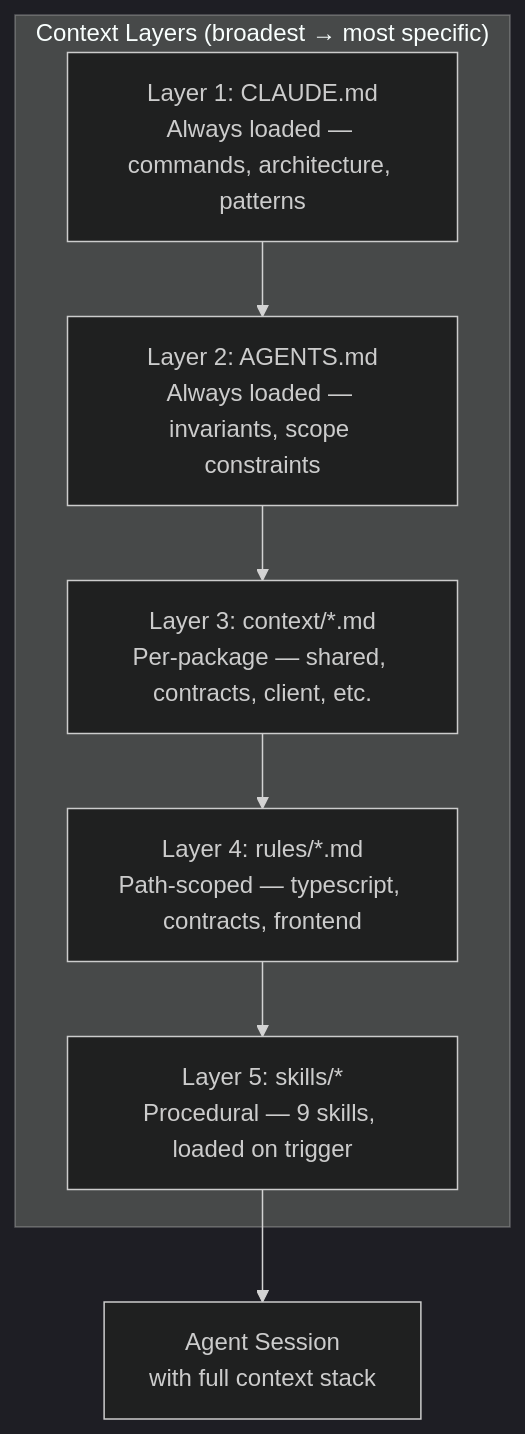
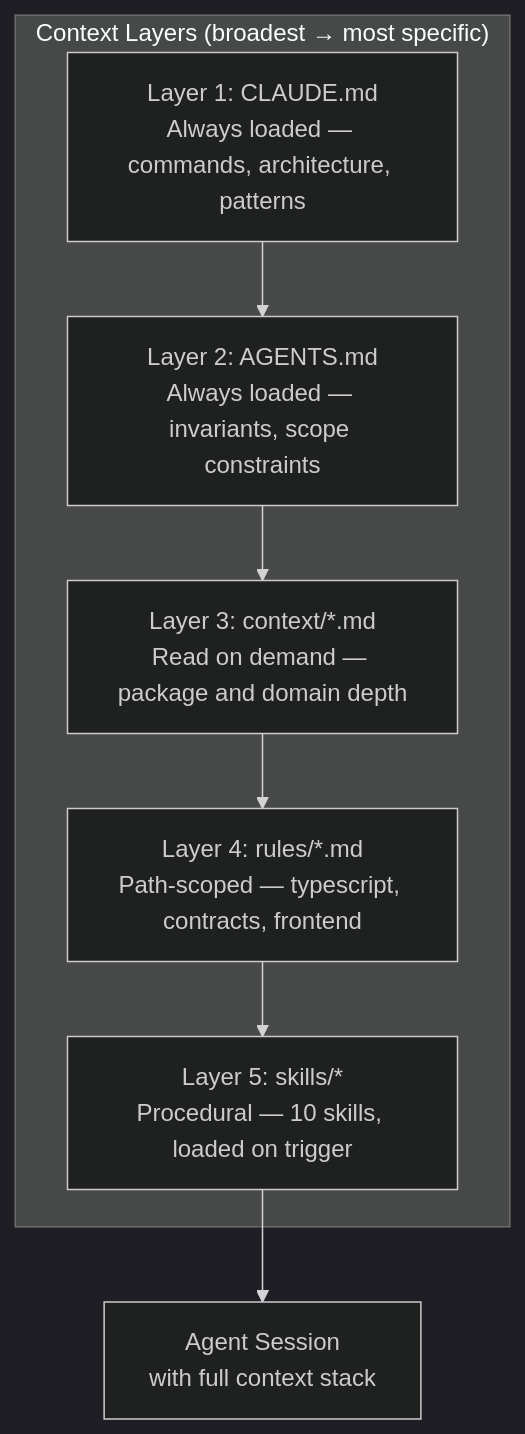
The diagram in docs/docs/builders/agentic/context-engineering.mdx (greenpill-dev-guild/green-goods), drawn with Mermaid (dark theme) before and after one commit. The commit also changed other lines of this file and 86 other files, not shown here.

Commit message:
feat(shared,client,agent): enforce agentic foundations

````diff
--- a/docs/docs/builders/agentic/context-engineering.mdx
+++ b/docs/docs/builders/agentic/context-engineering.mdx
@@ -23,14 +23,14 @@
 ```mermaid
 graph TB
     subgraph Layers["Context Layers (broadest → most specific)"]
         L1["Layer 1: CLAUDE.md\nAlways loaded — commands, architecture, patterns"]
         L2["Layer 2: AGENTS.md\nAlways loaded — invariants, scope constraints"]
-        L3["Layer 3: context/*.md\nPer-package — shared, contracts, client, etc."]
+        L3["Layer 3: context/*.md\nRead on demand — package and domain depth"]
         L4["Layer 4: rules/*.md\nPath-scoped — typescript, contracts, frontend"]
-        L5["Layer 5: skills/*\nProcedural — 9 skills, loaded on trigger"]
+        L5["Layer 5: skills/*\nProcedural — 10 skills, loaded on trigger"]
     end
 
     L1 --> L2 --> L3 --> L4 --> L5
 
     L5 --> Agent["Agent Session\nwith full context stack"]
 ```
````
